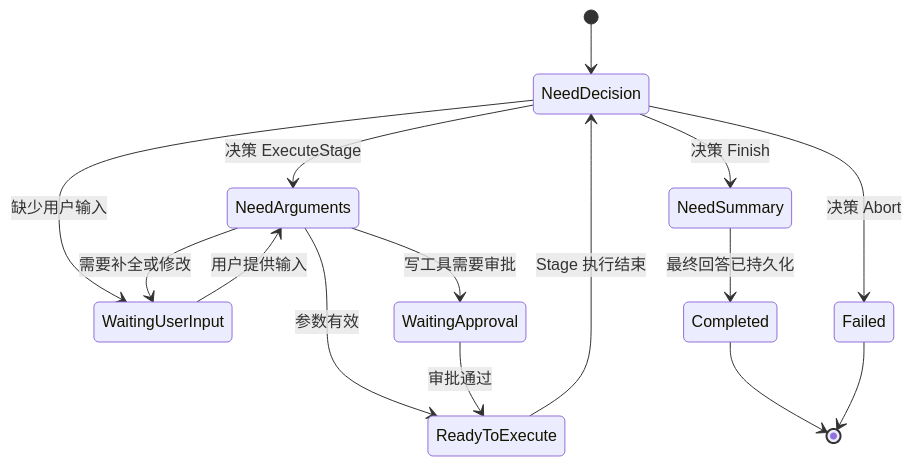
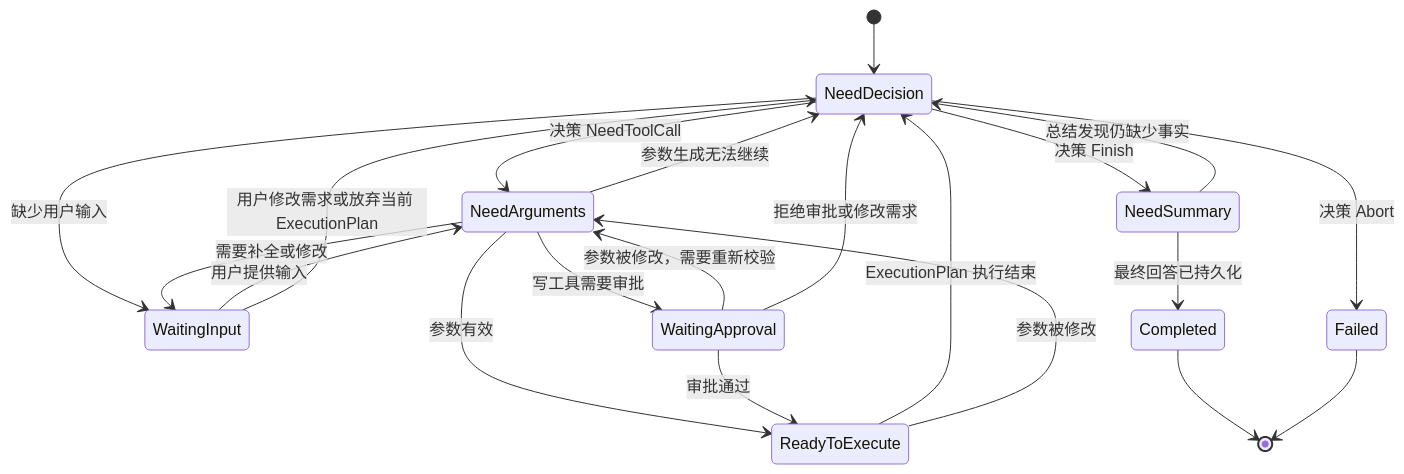
Before and after one commit to F-86/llm-driven-runtime: the first of 2 diagrams in README.md, drawn with Mermaid. The commit also changed other lines of this file and 38 other files, not shown here.

````diff
--- a/README.md
+++ b/README.md
@@ -13,21 +13,27 @@
 ```mermaid
 stateDiagram-v2
     [*] --> NeedDecision
-    NeedDecision --> NeedArguments: 决策 ExecuteStage
+    NeedDecision --> NeedArguments: 决策 NeedToolCall
     NeedDecision --> NeedSummary: 决策 Finish
-    NeedDecision --> WaitingUserInput: 缺少用户输入
+    NeedDecision --> WaitingInput: 缺少用户输入
     NeedDecision --> Failed: 决策 Abort
 
     NeedArguments --> ReadyToExecute: 参数有效
-    NeedArguments --> WaitingUserInput: 需要补全或修改
+    NeedArguments --> WaitingInput: 需要补全或修改
     NeedArguments --> WaitingApproval: 写工具需要审批
+    NeedArguments --> NeedDecision: 参数生成无法继续
 
-    WaitingUserInput --> NeedArguments: 用户提供输入
+    WaitingInput --> NeedArguments: 用户提供输入
+    WaitingInput --> NeedDecision: 用户修改需求或放弃当前 ExecutionPlan
     WaitingApproval --> ReadyToExecute: 审批通过
+    WaitingApproval --> NeedArguments: 参数被修改，需要重新校验
+    WaitingApproval --> NeedDecision: 拒绝审批或修改需求
 
-    ReadyToExecute --> NeedDecision: Stage 执行结束
+    ReadyToExecute --> NeedDecision: ExecutionPlan 执行结束
+    ReadyToExecute --> NeedArguments: 参数被修改
     NeedSummary --> Completed: 最终回答已持久化
+    NeedSummary --> NeedDecision: 总结发现仍缺少事实
 
     Completed --> [*]
     Failed --> [*]
 ```
````
